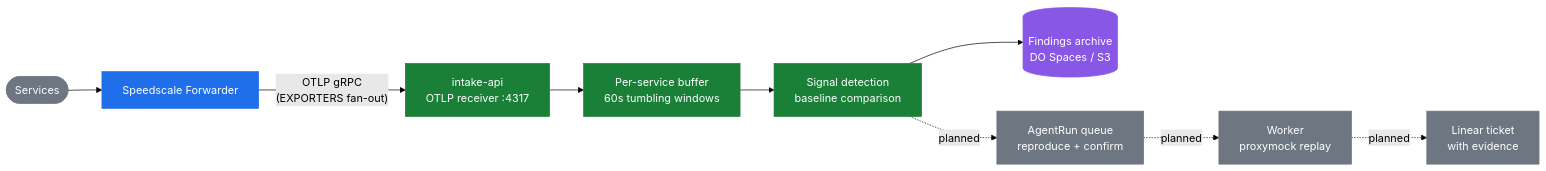
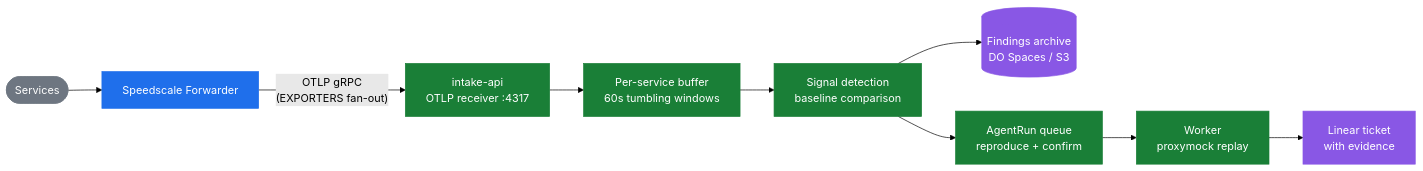
One commit to speedscale/agent-factory changed the diagram in README.md. Above: the diagram before and after it, drawn with Mermaid (forest theme). The commit also changed other lines of this file and 24 other files, not shown here.

````diff
--- a/README.md
+++ b/README.md
@@ -7,21 +7,21 @@
 ```mermaid
 flowchart LR
     apps([Services]) --> fwd[Speedscale Forwarder]
     fwd -- "OTLP gRPC\n(EXPORTERS fan-out)" --> intake[intake-api\nOTLP receiver :4317]
     intake --> buf[Per-service buffer\n60s tumbling windows]
     buf --> analyze[Signal detection\nbaseline comparison]
     analyze --> archive[(Findings archive\nDO Spaces / S3)]
-    analyze -. "planned" .-> run[AgentRun queue\nreproduce + confirm]
-    run -. "planned" .-> worker[Worker\nproxymock replay]
-    worker -. "planned" .-> ticket[Linear ticket\nwith evidence]
+    analyze --> run[AgentRun queue\nreproduce + confirm]
+    run --> worker[Worker\nproxymock replay]
+    worker --> ticket[Linear ticket\nwith evidence]
 
     style apps fill:#6e7681,stroke:#6e7681,color:#fff
     style fwd fill:#1f6feb,stroke:#1f6feb,color:#fff
     style intake fill:#1a7f37,stroke:#1a7f37,color:#fff
     style buf fill:#1a7f37,stroke:#1a7f37,color:#fff
     style analyze fill:#1a7f37,stroke:#1a7f37,color:#fff
     style archive fill:#8957e5,stroke:#8957e5,color:#fff
-    style run fill:#6e7681,stroke:#6e7681,color:#fff
-    style worker fill:#6e7681,stroke:#6e7681,color:#fff
-    style ticket fill:#6e7681,stroke:#6e7681,color:#fff
+    style run fill:#1a7f37,stroke:#1a7f37,color:#fff
+    style worker fill:#1a7f37,stroke:#1a7f37,color:#fff
+    style ticket fill:#8957e5,stroke:#8957e5,color:#fff
 ```
````
